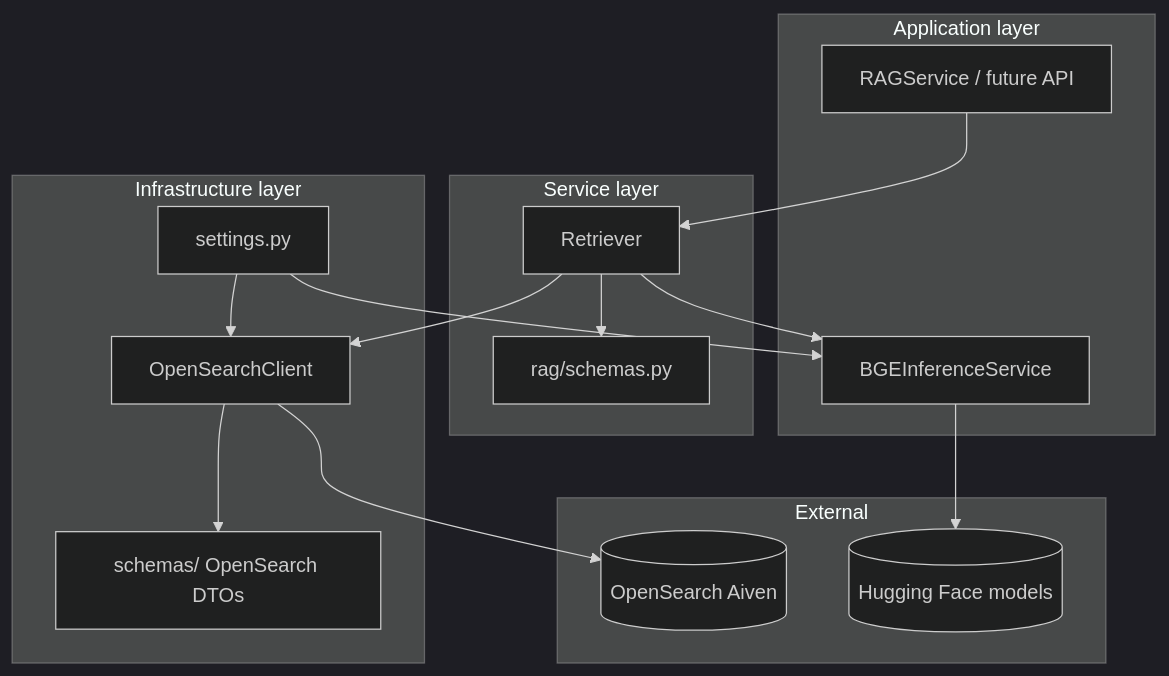
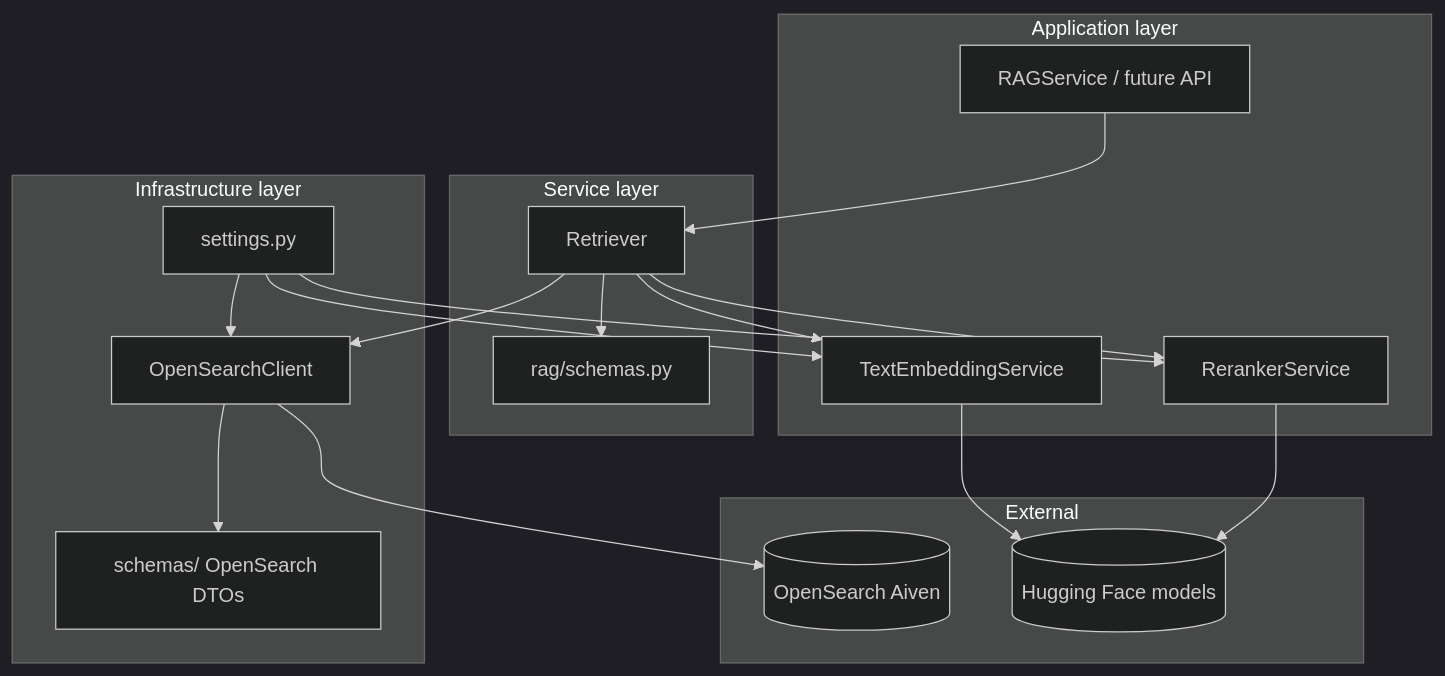
Before and after one commit to AIVIETNAM-AIO-Lucyna/Disease-Diagnosis-RAG-System: the diagram in docs/onboarding/project-structure.md, drawn with Mermaid (dark theme). The commit also changed other lines of this file and 22 other files, not shown here.

First line of the commit message:
feat: add bge-reranker cross-encoder and retrieve-to-rerank pipeline

````diff
--- a/docs/onboarding/project-structure.md
+++ b/docs/onboarding/project-structure.md
@@ -53,33 +58,37 @@
 ```mermaid
 flowchart TD
     subgraph app [Application layer]
         RAG[RAGService / future API]
-        BGE[BGEInferenceService]
+        Embed[TextEmbeddingService]
+        Reranker[RerankerService]
     end
 
     subgraph services [Service layer]
         Retriever[Retriever]
         RSchemas[rag/schemas.py]
     end
 
     subgraph infra [Infrastructure layer]
         OS[OpenSearchClient]
         OSchemas[schemas/ OpenSearch DTOs]
         Settings[settings.py]
     end
 
     subgraph external [External]
         Aiven[(OpenSearch Aiven)]
         HF[(Hugging Face models)]
     end
 
     RAG --> Retriever
-    Retriever --> BGE
+    Retriever --> Embed
+    Retriever --> Reranker
     Retriever --> OS
     Retriever --> RSchemas
     OS --> OSchemas
     OS --> Aiven
-    BGE --> HF
+    Embed --> HF
+    Reranker --> HF
     Settings --> OS
-    Settings --> BGE
+    Settings --> Embed
+    Settings --> Reranker
 ```
````
